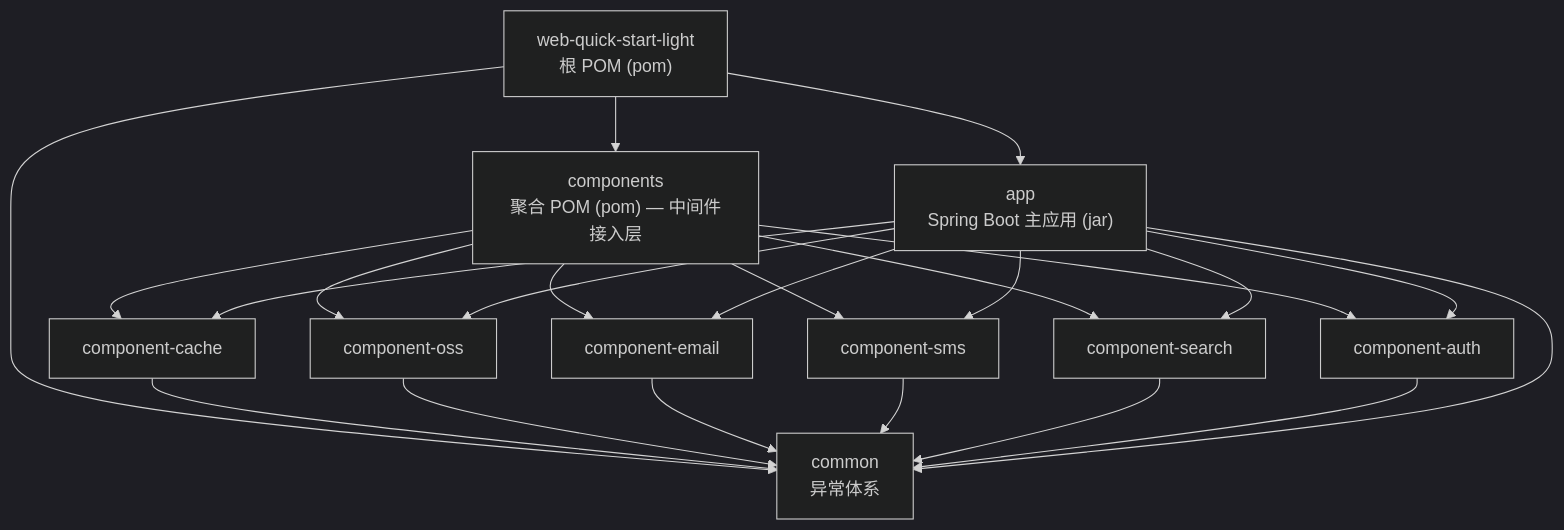
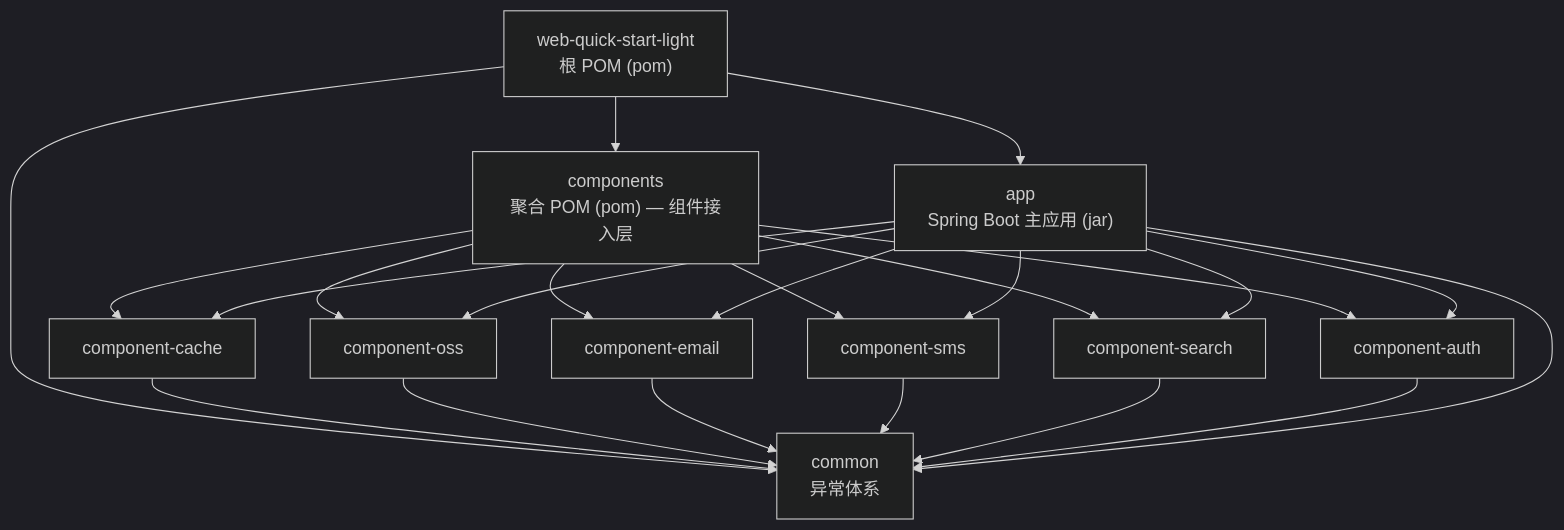
Before and after one commit to LeoNardo-LB/web-quick-start-light: the first of 2 diagrams in docs/architecture/module-structure.md, drawn with Mermaid (dark theme). The commit also changed other lines of this file and 179 other files, not shown here.

````diff
--- a/docs/architecture/module-structure.md
+++ b/docs/architecture/module-structure.md
@@ -38,33 +38,33 @@
 ```mermaid
 graph TD
     ROOT["web-quick-start-light<br/>根 POM (pom)"]
     COMMON["common<br/>异常体系"]
-    COMPONENTS["components<br/>聚合 POM (pom) — 中间件接入层"]
+    COMPONENTS["components<br/>聚合 POM (pom) — 组件接入层"]
     APP["app<br/>Spring Boot 主应用 (jar)"]
 
     ROOT --> COMMON
     ROOT --> COMPONENTS
     ROOT --> APP
 
     COMPONENTS --> CACHE["component-cache"]
     COMPONENTS --> OSS["component-oss"]
     COMPONENTS --> EMAIL["component-email"]
     COMPONENTS --> SMS["component-sms"]
     COMPONENTS --> SEARCH["component-search"]
     COMPONENTS --> AUTH["component-auth"]
 
     CACHE --> COMMON
     OSS --> COMMON
     EMAIL --> COMMON
     SMS --> COMMON
     SEARCH --> COMMON
     AUTH --> COMMON
 
     APP --> COMMON
     APP --> CACHE
     APP --> OSS
     APP --> EMAIL
     APP --> SMS
     APP --> SEARCH
     APP --> AUTH
 ```
````
